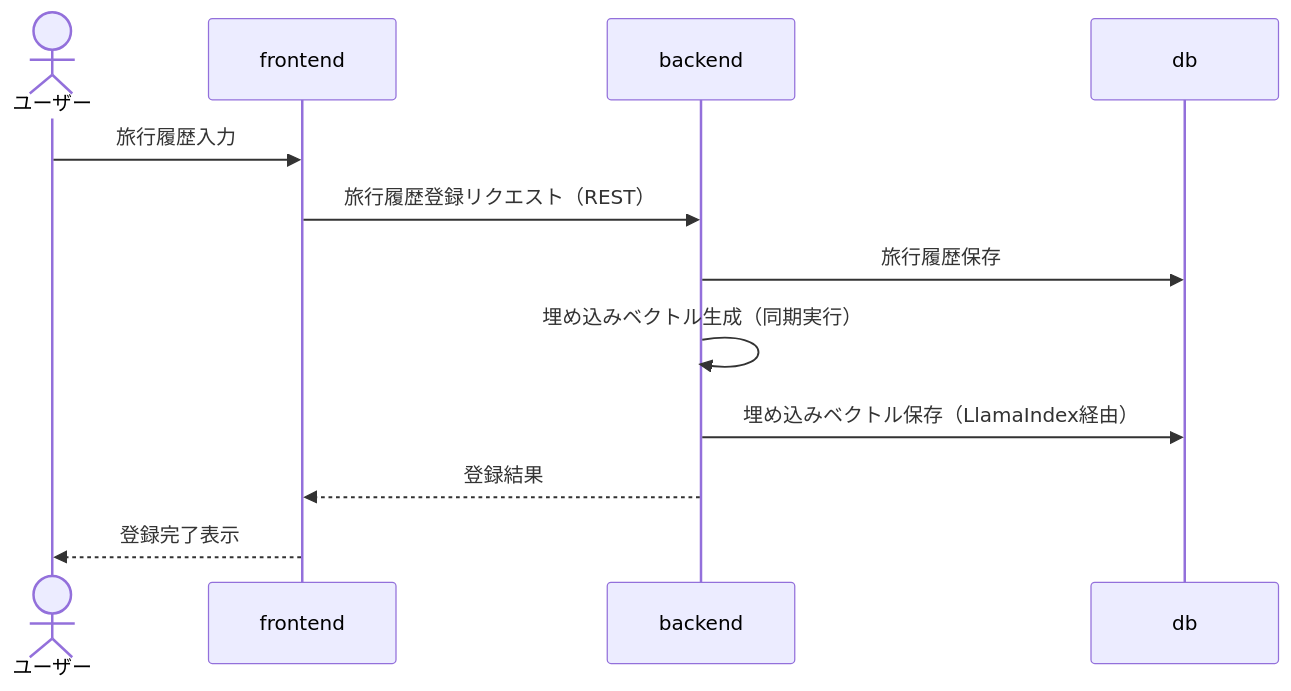
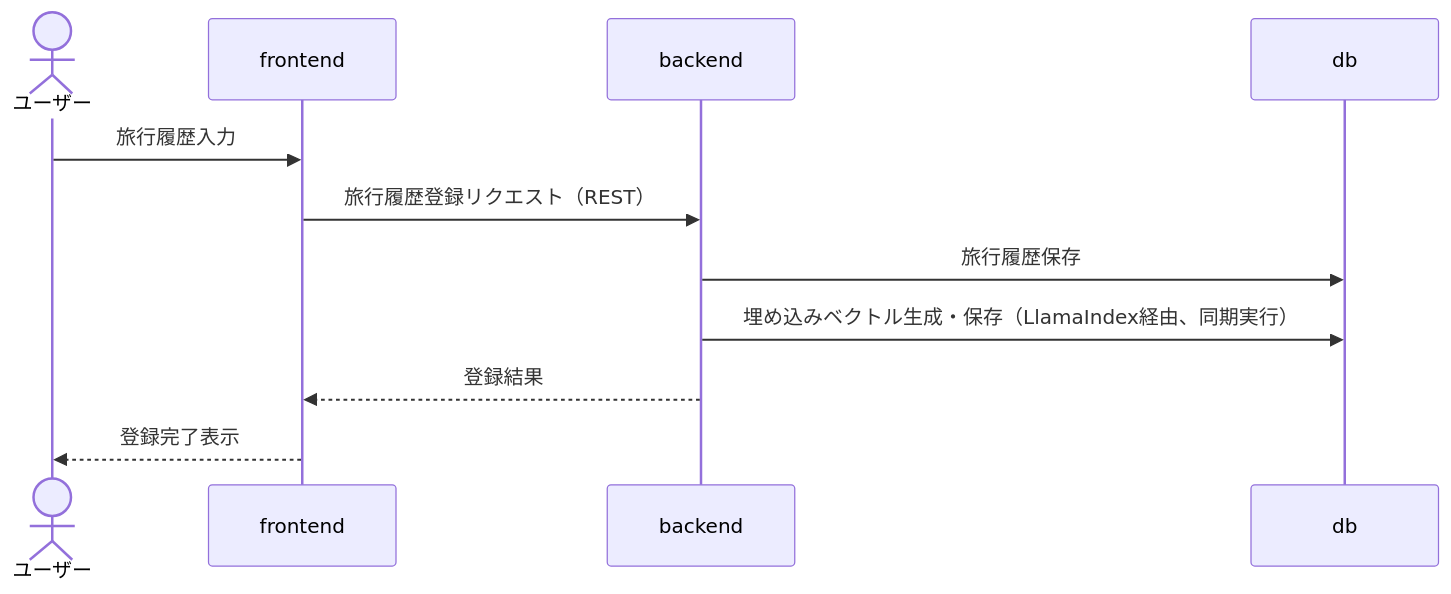
Before and after one commit to d-saitou/travel-agent-lab: the third of 4 diagrams in docs/design/architecture.md, drawn with Mermaid. The commit also changed other lines of this file and 6 other files, not shown here.

````diff
--- a/docs/design/architecture.md
+++ b/docs/design/architecture.md
@@ -84,15 +89,14 @@
 ```mermaid
 sequenceDiagram
   actor U as ユーザー
   participant FE as frontend
   participant BE as backend
   participant DB as db
 
   U->>FE: 旅行履歴入力
   FE->>BE: 旅行履歴登録リクエスト（REST）
   BE->>DB: 旅行履歴保存
-  BE->>BE: 埋め込みベクトル生成（同期実行）
-  BE->>DB: 埋め込みベクトル保存（LlamaIndex経由）
+  BE->>DB: 埋め込みベクトル生成・保存（LlamaIndex経由、同期実行）
   BE-->>FE: 登録結果
   FE-->>U: 登録完了表示
 ```
````
